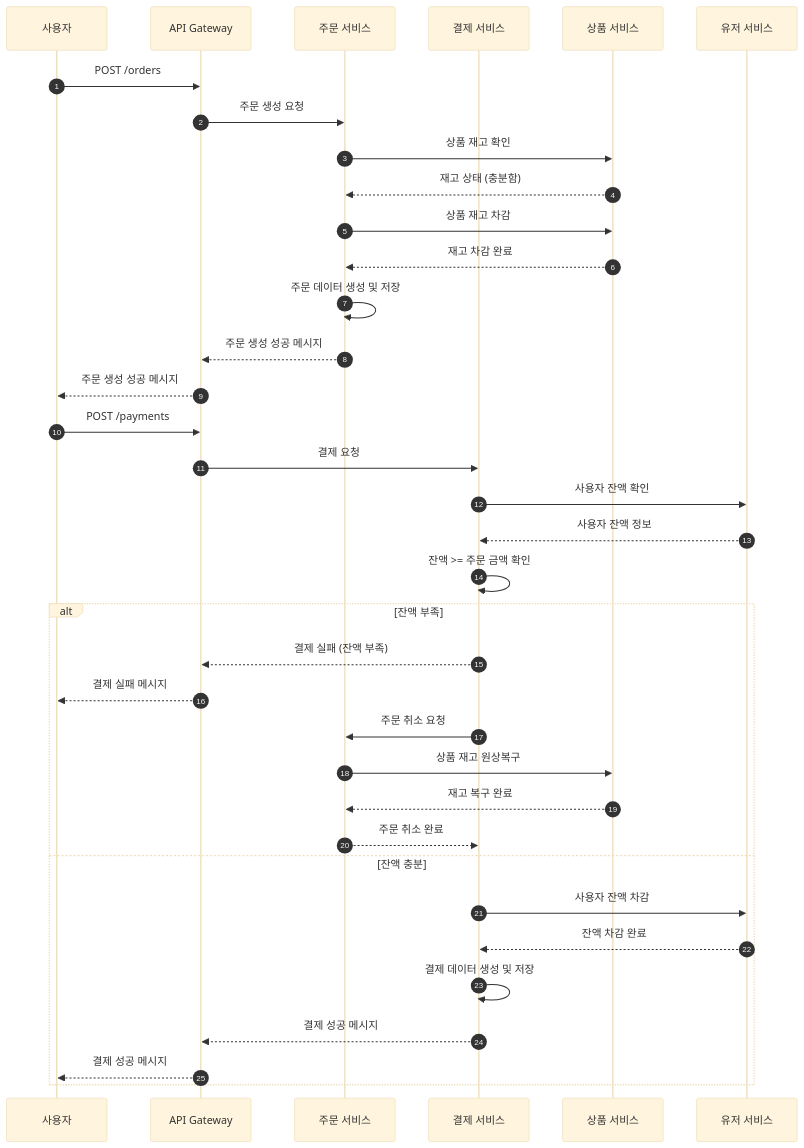
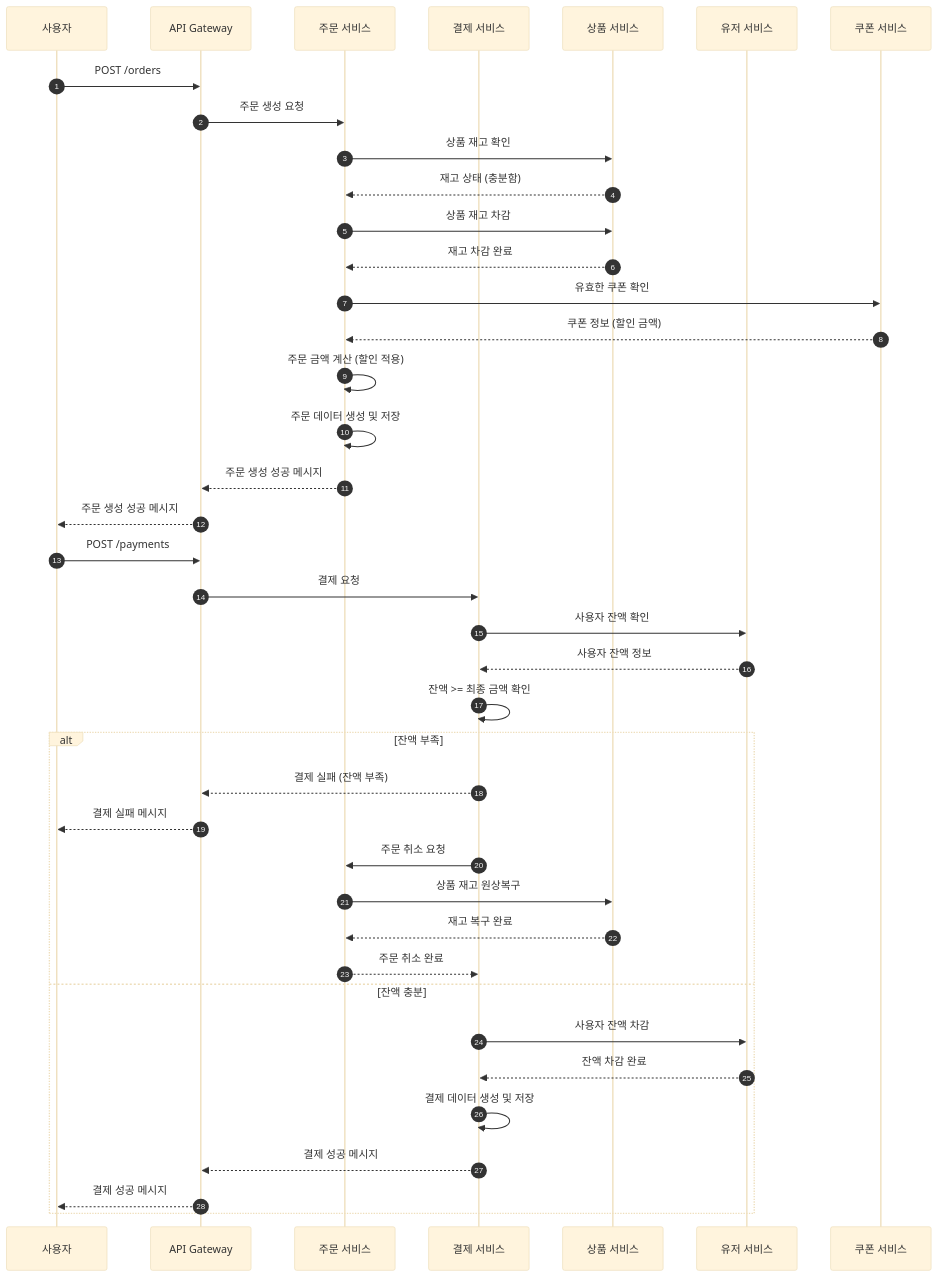
Before and after one commit to jane1721/e-commerce: the diagram in docs/sequence-diagram.md, drawn with Mermaid (base theme). The commit also changed other lines of this file, not shown here.

First line of the commit message:
📝Docs: Update sequence diagram for coupon handling

````diff
--- a/docs/sequence-diagram.md
+++ b/docs/sequence-diagram.md
@@ -6,61 +6,69 @@
 ```mermaid
 sequenceDiagram
     autonumber
 
     participant User as 사용자
     participant API as API Gateway
     participant OrderService as 주문 서비스
     participant PaymentService as 결제 서비스
     participant ItemService as 상품 서비스
     participant UserService as 유저 서비스
+    participant CouponService as 쿠폰 서비스
 
     %% 주문 생성 상세 로직
     User ->> API: POST /orders
     API ->> OrderService: 주문 생성 요청
 
-    %% 재고 확인
+    %% 상품 재고 확인
     OrderService ->> ItemService: 상품 재고 확인
     ItemService -->> OrderService: 재고 상태 (충분함)
 
     %% 재고 차감
     OrderService ->> ItemService: 상품 재고 차감
     ItemService -->> OrderService: 재고 차감 완료
+
+    %% 쿠폰 적용
+    OrderService ->> CouponService: 유효한 쿠폰 확인
+    CouponService -->> OrderService: 쿠폰 정보 (할인 금액)
+
+    %% 주문 금액 계산 (쿠폰 적용 후)
+    OrderService ->> OrderService: 주문 금액 계산 (할인 적용)
 
     %% 주문 데이터 저장
     OrderService ->> OrderService: 주문 데이터 생성 및 저장
     OrderService -->> API: 주문 생성 성공 메시지
     API -->> User: 주문 생성 성공 메시지
 
     %% 결제 처리 상세 로직
     User ->> API: POST /payments
     API ->> PaymentService: 결제 요청
 
     %% 사용자 잔액 확인
     PaymentService ->> UserService: 사용자 잔액 확인
     UserService -->> PaymentService: 사용자 잔액 정보
 
     %% 잔액 비교
-    PaymentService ->> PaymentService: 잔액 >= 주문 금액 확인
+    PaymentService ->> PaymentService: 잔액 >= 최종 금액 확인
     alt 잔액 부족
         %% 결제 실패 시 처리
         PaymentService -->> API: 결제 실패 (잔액 부족)
         API -->> User: 결제 실패 메시지
 
         %% 주문 취소 처리
         PaymentService ->> OrderService: 주문 취소 요청
         OrderService ->> ItemService: 상품 재고 원상복구
         ItemService -->> OrderService: 재고 복구 완료
         OrderService -->> PaymentService: 주문 취소 완료
     else 잔액 충분
         %% 잔액 차감
         PaymentService ->> UserService: 사용자 잔액 차감
         UserService -->> PaymentService: 잔액 차감 완료
 
         %% 결제 데이터 저장
         PaymentService ->> PaymentService: 결제 데이터 생성 및 저장
 
         %% 최종 결제 완료 메시지
         PaymentService -->> API: 결제 성공 메시지
         API -->> User: 결제 성공 메시지
     end
 ```
````
